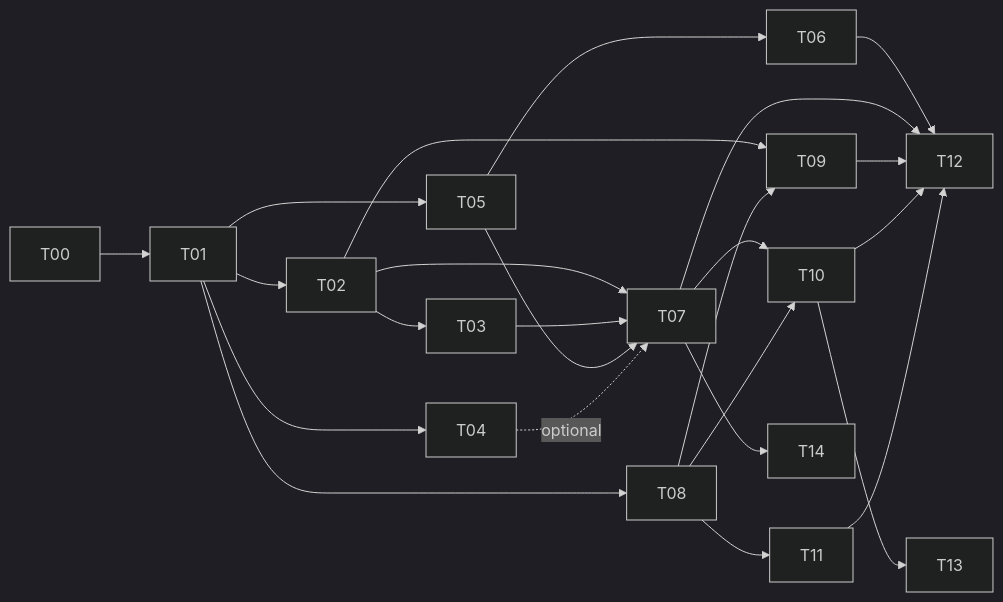
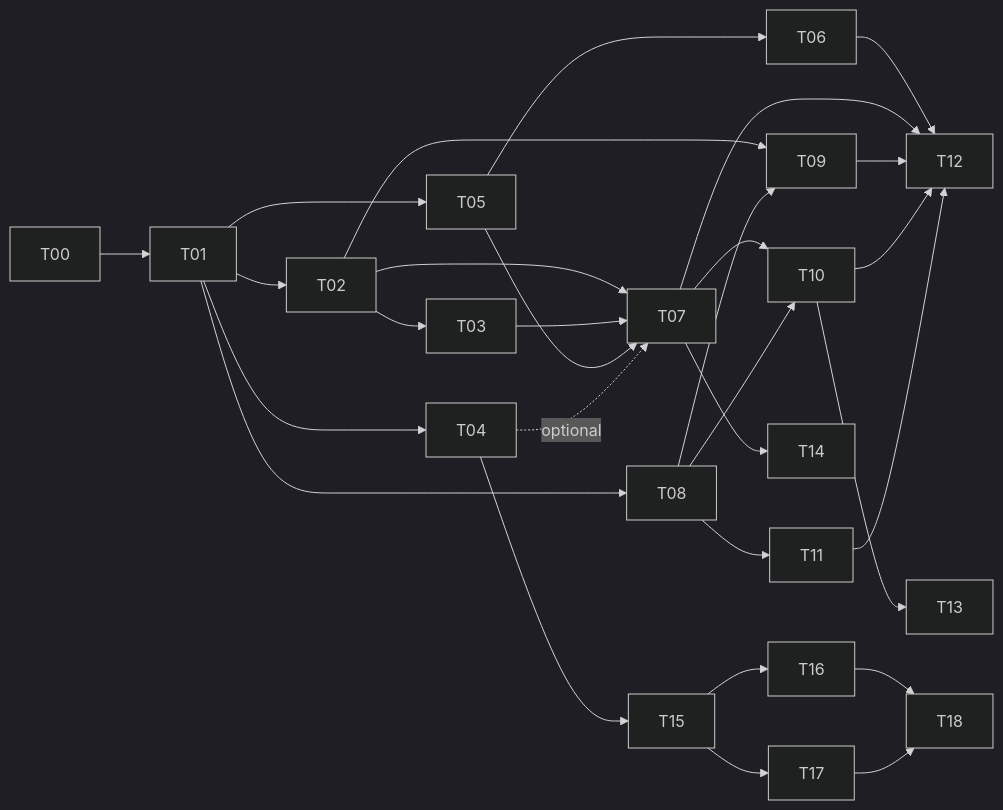
The diagram in tickets/README.md (ankur-paul/schedule-optimizer), drawn with Mermaid (dark theme) before and after one commit. The commit also changed other lines of this file and 6 other files, not shown here.

````diff
--- a/tickets/README.md
+++ b/tickets/README.md
@@ -30,15 +66,18 @@
 ```mermaid
 graph LR
   T00 --> T01
   T01 --> T02 & T04 & T05 & T08
   T02 --> T03
   T05 --> T06
   T02 & T03 & T05 --> T07
   T04 -.optional.-> T07
   T02 & T08 --> T09
   T07 & T08 --> T10
   T08 --> T11
   T06 & T07 & T09 & T10 & T11 --> T12
   T10 --> T13
   T07 --> T14
+  T04 --> T15
+  T15 --> T16 & T17
+  T16 & T17 --> T18
 ```
````
